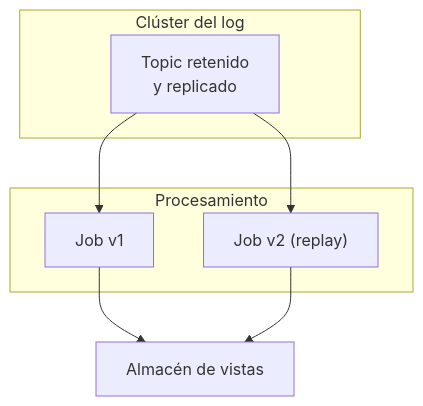
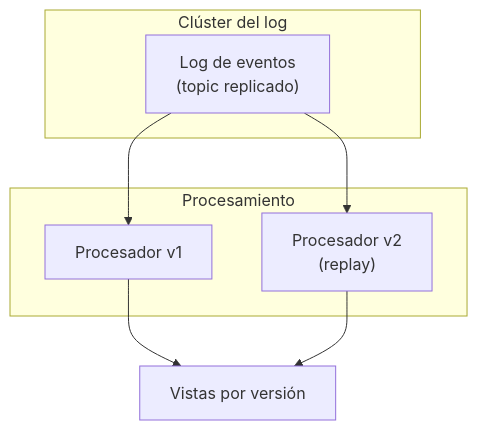
Before and after one commit to fcp4891/de-knowledge-hub: the third of 3 diagrams in content/architectures/kappa-architecture.md, drawn with Mermaid. The commit also changed other lines of this file and 13 other files, not shown here.

````diff
--- a/content/architectures/kappa-architecture.md
+++ b/content/architectures/kappa-architecture.md
@@ -147,14 +147,14 @@
 ```mermaid
 flowchart TB
   subgraph LOG["Clúster del log"]
-    T["Topic retenido<br/>y replicado"]
+    T["Log de eventos<br/>(topic replicado)"]
   end
   subgraph RUN["Procesamiento"]
-    A["Job v1"]
-    B["Job v2 (replay)"]
+    A["Procesador v1"]
+    B["Procesador v2<br/>(replay)"]
   end
   T --> A
   T --> B
-  A --> S["Almacén de vistas"]
+  A --> S["Vistas por versión"]
   B --> S
 ```
````
